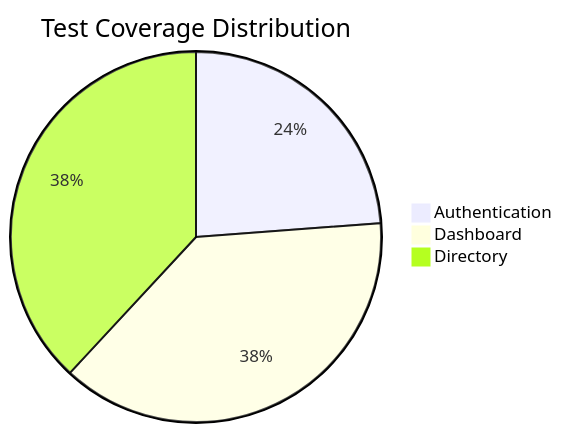
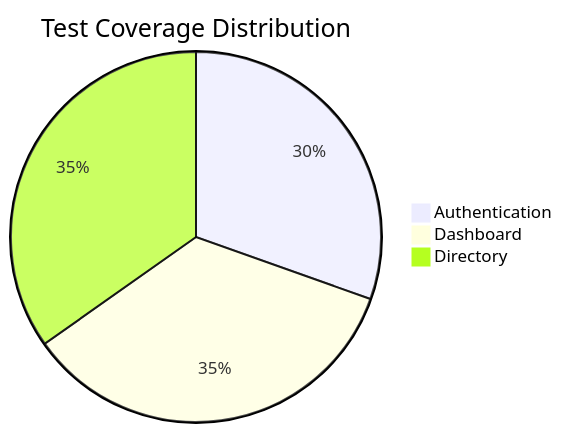
The diagram in README.md (indraginanjar/ai-orangehrm-test-automation-playwright-aider), drawn with Mermaid before and after one commit. The commit also changed other lines of this file, not shown here.

````diff
--- a/README.md
+++ b/README.md
@@ -27,7 +27,7 @@
 ```mermaid
 pie
     title Test Coverage Distribution
-    "Authentication" : 25
+    "Authentication" : 35
     "Dashboard" : 40
     "Directory" : 40
 ```
````
